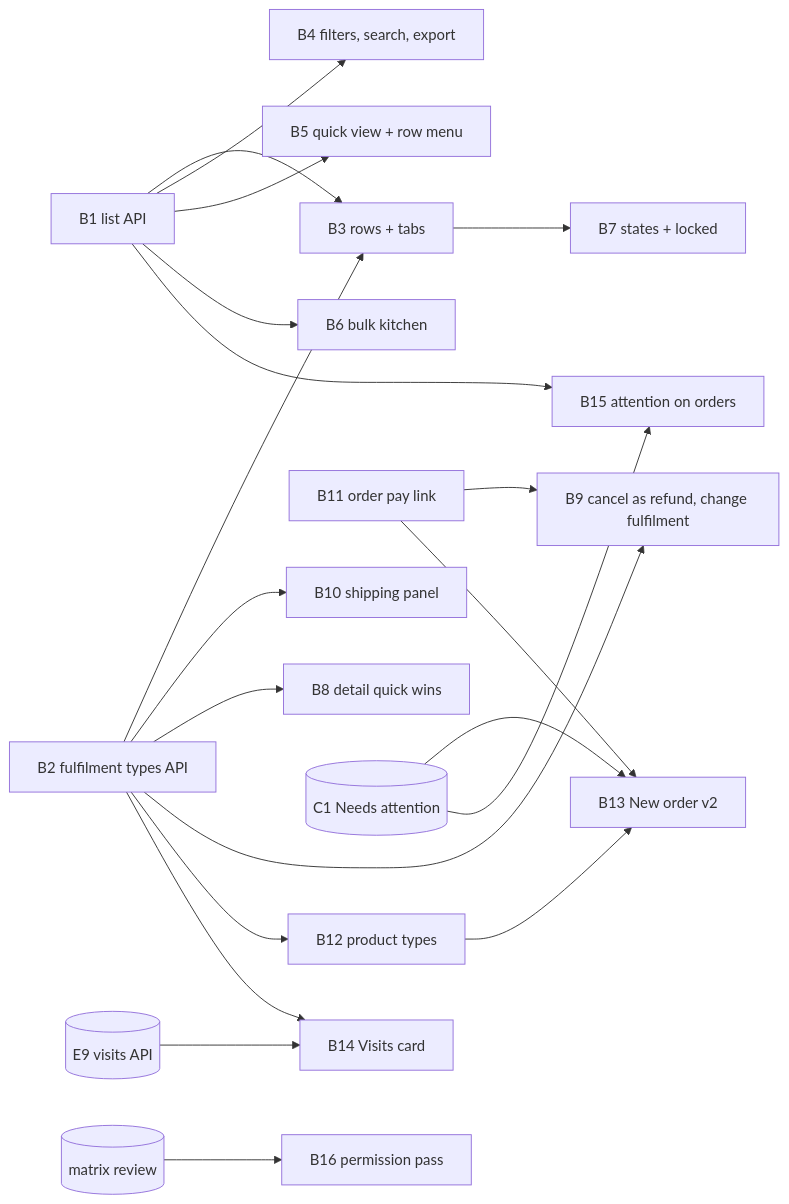
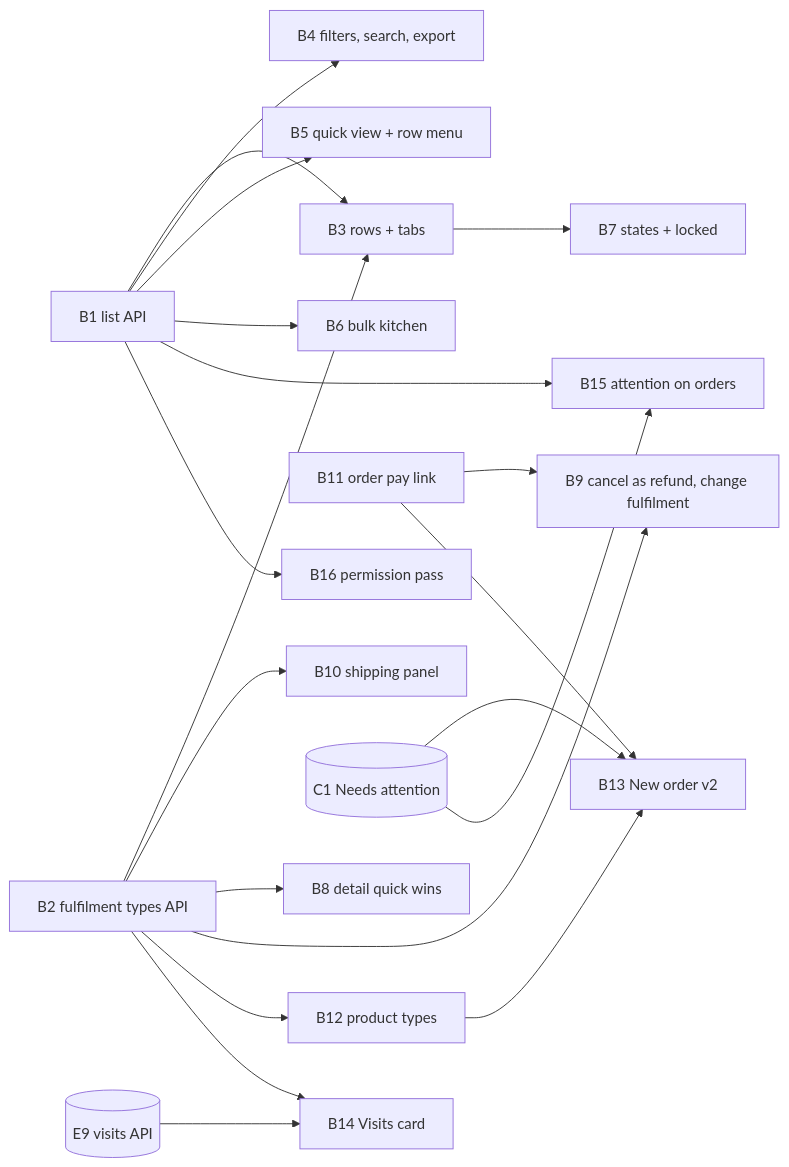
Before and after one commit to saroh-labs/saroh.in: the second of 2 diagrams in docs/plans/2026-09-26-002-feat-orders-fulfilment-plan.md, drawn with Mermaid. The commit also changed other lines of this file and 9 other files, not shown here.

````diff
--- a/docs/plans/2026-09-26-002-feat-orders-fulfilment-plan.md
+++ b/docs/plans/2026-09-26-002-feat-orders-fulfilment-plan.md
@@ -473,23 +480,23 @@
 ```mermaid
 flowchart LR
   B1[B1 list API] --> B3[B3 rows + tabs]
   B2[B2 fulfilment types API] --> B3
   B1 --> B4[B4 filters, search, export]
   B1 --> B5[B5 quick view + row menu]
   B1 --> B6[B6 bulk kitchen]
   B3 --> B7[B7 states + locked]
   B2 --> B10[B10 shipping panel]
   B11[B11 order pay link]
   B2 --> B8[B8 detail quick wins]
   B2 --> B9[B9 cancel as refund, change fulfilment]
   B11 --> B9
   B2 --> B12[B12 product types]
   B12 --> B13[B13 New order v2]
   B11 --> B13
   C1[(C1 Needs attention)] --> B13
   C1 --> B15[B15 attention on orders]
   B1 --> B15
   E9[(E9 visits API)] --> B14[B14 Visits card]
   B2 --> B14
-  M[(matrix review)] --> B16[B16 permission pass]
+  B1 --> B16[B16 permission pass]
 ```
````
